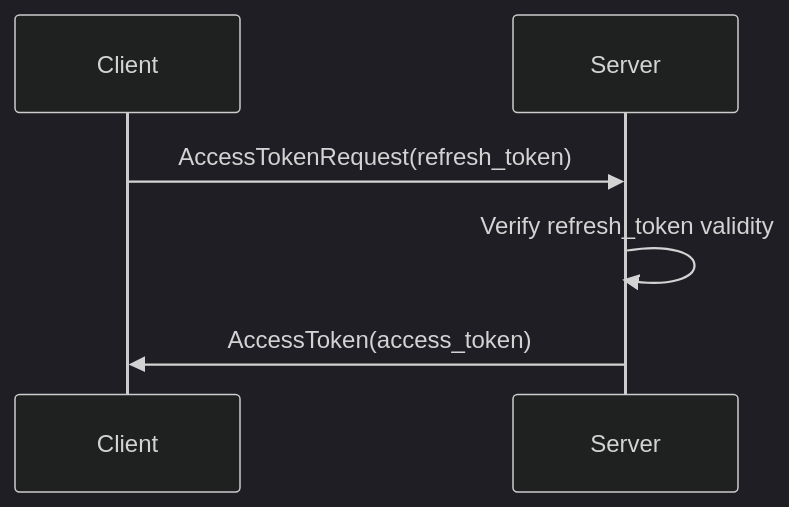
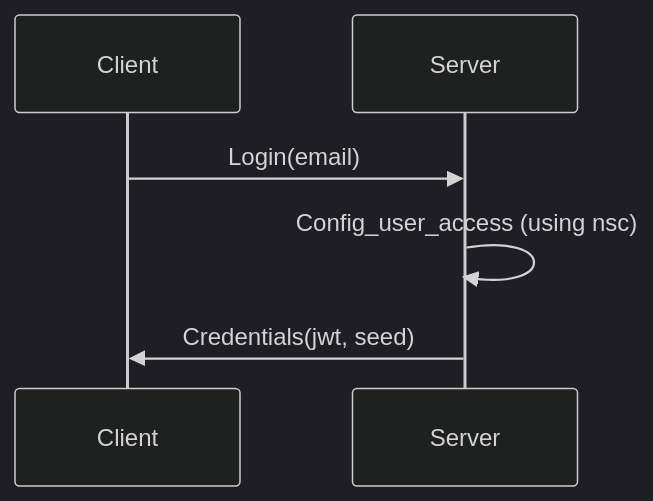
The third of 8 diagrams in kova/authentication/docs.md (adimian/kova), drawn with Mermaid (dark theme) before and after one commit. The commit also changed other lines of this file and 1 other file, not shown here.

````diff
--- a/kova/authentication/docs.md
+++ b/kova/authentication/docs.md
@@ -70,6 +24,6 @@
 ```mermaid
 sequenceDiagram
-    Client ->> Server: AccessTokenRequest(refresh_token)
-    Server ->> Server: Verify refresh_token validity
-    Server ->> Client: AccessToken(access_token)
+    Client ->> Server: Login(email)
+    Server ->> Server: Config_user_access (using nsc)
+    Server ->> Client: Credentials(jwt, seed)
 ```
````
